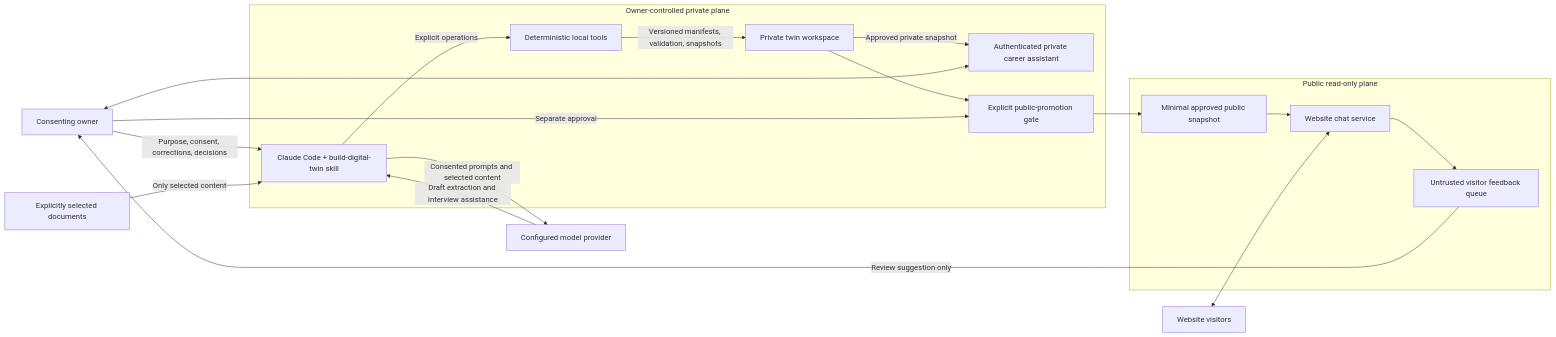
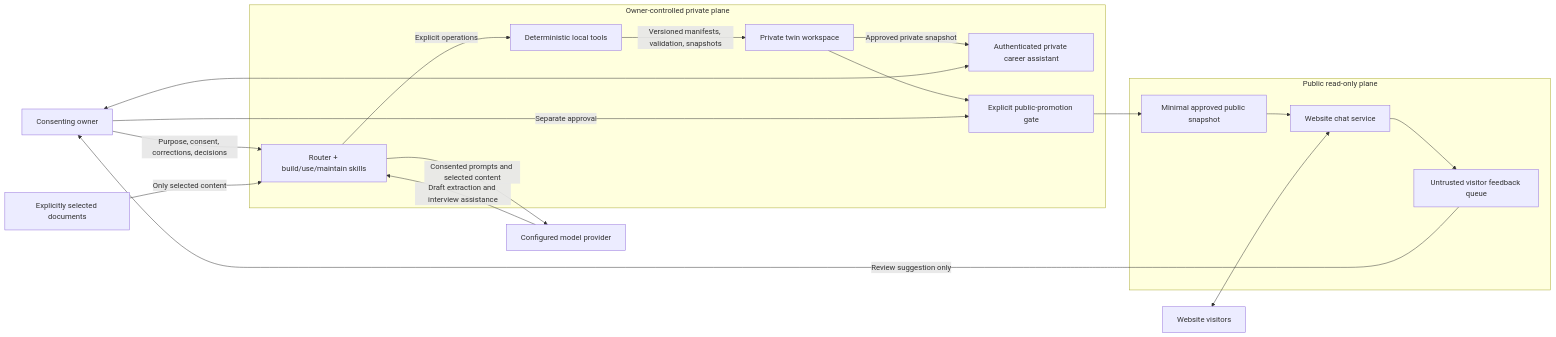
Before and after one commit to johnplantada/claude-skills: the second of 7 diagrams in plugins/digital-twin/docs/design-and-architecture.md, drawn with Mermaid. The commit also changed other lines of this file and 40 other files, not shown here.

Commit message:
Implement digital twin lifecycle skills

````diff
--- a/plugins/digital-twin/docs/design-and-architecture.md
+++ b/plugins/digital-twin/docs/design-and-architecture.md
@@ -134,37 +161,37 @@
 ```mermaid
 flowchart LR
     Owner["Consenting owner"]
     Documents["Explicitly selected documents"]
     Visitors["Website visitors"]
 
     subgraph PrivatePlane["Owner-controlled private plane"]
-        Skill["Claude Code + build-digital-twin skill"]
+        Skill["Router + build/use/maintain skills"]
         Tools["Deterministic local tools"]
         Workspace["Private twin workspace"]
         PrivateAssistant["Authenticated private career assistant"]
         Promotion["Explicit public-promotion gate"]
     end
 
     subgraph PublicPlane["Public read-only plane"]
         PublicSnapshot["Minimal approved public snapshot"]
         WebsiteChat["Website chat service"]
         Feedback["Untrusted visitor feedback queue"]
     end
 
     Provider["Configured model provider"]
 
     Owner -->|"Purpose, consent, corrections, decisions"| Skill
     Documents -->|"Only selected content"| Skill
     Skill -->|"Consented prompts and selected content"| Provider
     Provider -->|"Draft extraction and interview assistance"| Skill
     Skill -->|"Explicit operations"| Tools
     Tools -->|"Versioned manifests, validation, snapshots"| Workspace
     Workspace -->|"Approved private snapshot"| PrivateAssistant
     Owner <--> PrivateAssistant
     Workspace --> Promotion
     Owner -->|"Separate approval"| Promotion
     Promotion --> PublicSnapshot --> WebsiteChat
     Visitors <--> WebsiteChat
     WebsiteChat --> Feedback
     Feedback -->|"Review suggestion only"| Owner
 ```
````
